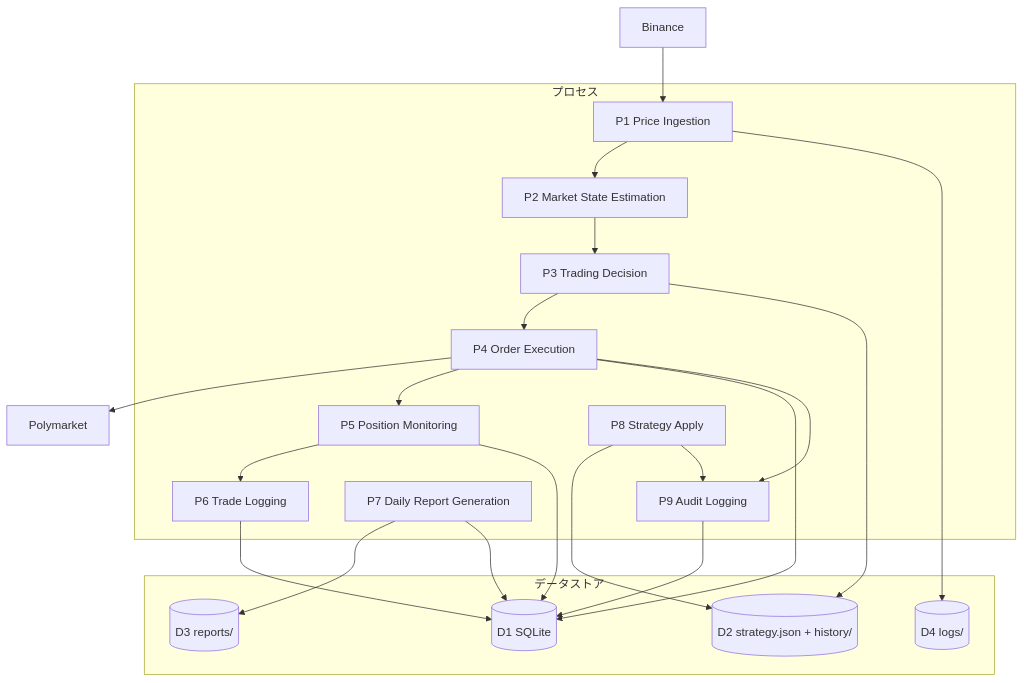
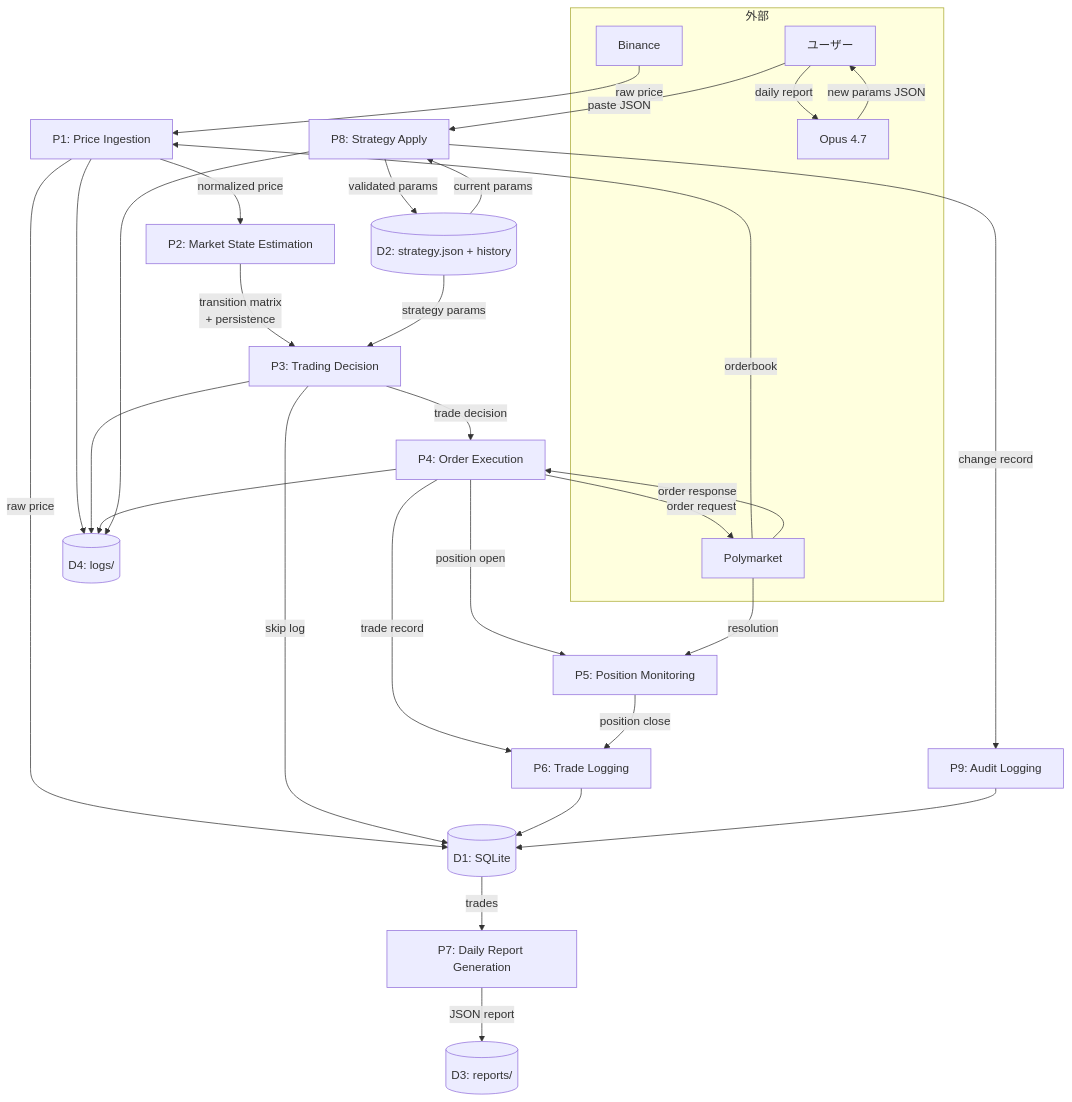
Before and after one commit to matrix9neonebuchadnezzar2199-sketch/YoRuu: the second of 2 diagrams in docs/design/04_data_flow.md, drawn with Mermaid. The commit also changed other lines of this file and 8 other files, not shown here.

````diff
--- a/docs/design/04_data_flow.md
+++ b/docs/design/04_data_flow.md
@@ -37,40 +38,53 @@
 ```mermaid
 flowchart TB
-    subgraph P["プロセス"]
-        P1[P1 Price Ingestion]
-        P2[P2 Market State Estimation]
-        P3[P3 Trading Decision]
-        P4[P4 Order Execution]
-        P5[P5 Position Monitoring]
-        P6[P6 Trade Logging]
-        P7[P7 Daily Report Generation]
-        P8[P8 Strategy Apply]
-        P9[P9 Audit Logging]
+    subgraph EXT[外部]
+        BIN[Binance]
+        POLY[Polymarket]
+        USER[ユーザー]
+        OPUS[Opus 4.7]
     end
 
-    subgraph D["データストア"]
-        D1[(D1 SQLite)]
-        D2[(D2 strategy.json + history/)]
-        D3[(D3 reports/)]
-        D4[(D4 logs/)]
-    end
+    P1[P1: Price Ingestion]
+    P2[P2: Market State Estimation]
+    P3[P3: Trading Decision]
+    P4[P4: Order Execution]
+    P5[P5: Position Monitoring]
+    P6[P6: Trade Logging]
+    P7[P7: Daily Report Generation]
+    P8[P8: Strategy Apply]
+    P9[P9: Audit Logging]
 
-    BN[Binance] --> P1
-    P1 --> P2
-    P2 --> P3
-    P3 --> P4
-    P4 --> PM[Polymarket]
-    P4 --> P5
-    P5 --> P6
+    D1[(D1: SQLite)]
+    D2[(D2: strategy.json + history)]
+    D3[(D3: reports/)]
+    D4[(D4: logs/)]
+
+    BIN -->|raw price| P1
+    POLY -->|orderbook| P1
+    P1 -->|normalized price| P2
+    P1 -->|raw price| D1
+    P2 -->|transition matrix\n+ persistence| P3
+    D2 -->|strategy params| P3
+    P3 -->|trade decision| P4
+    P3 -->|skip log| D1
+    P4 -->|order request| POLY
+    POLY -->|order response| P4
+    P4 -->|trade record| P6
     P6 --> D1
-    P4 --> D1
-    P5 --> D1
-    P3 --> D2
-    P8 --> D2
-    P7 --> D3
-    P7 --> D1
+    P4 -->|position open| P5
+    POLY -->|resolution| P5
+    P5 -->|position close| P6
+    D1 -->|trades| P7
+    P7 -->|JSON report| D3
+    USER -->|daily report| OPUS
+    OPUS -->|new params JSON| USER
+    USER -->|paste JSON| P8
+    D2 -->|current params| P8
+    P8 -->|validated params| D2
+    P8 -->|change record| P9
     P9 --> D1
-    P4 --> P9
-    P8 --> P9
     P1 --> D4
+    P3 --> D4
+    P4 --> D4
+    P8 --> D4
 ```
````
